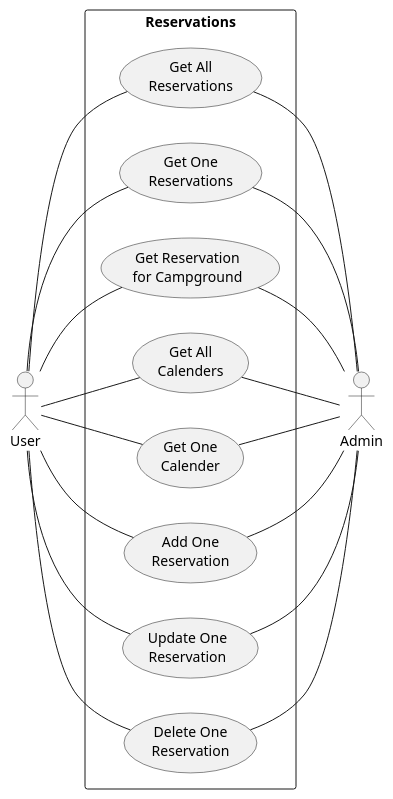
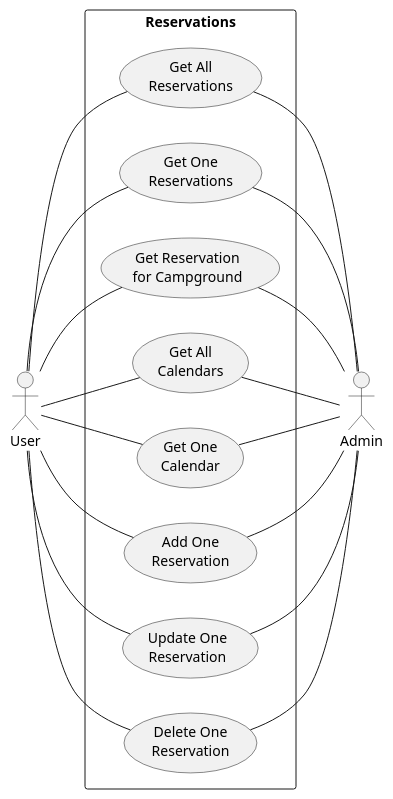
The diagram in diagrams/usecase_diagram/usecase-diagram-reserve.puml (2110503TACEDT66/presentation-day-1-sam-sa-sai), drawn with PlantUML before and after one commit.

Commit message:
use case reserve change to calendars

```diff
--- a/diagrams/usecase_diagram/usecase-diagram-reserve.puml
+++ b/diagrams/usecase_diagram/usecase-diagram-reserve.puml
@@ -1,34 +1,34 @@
 @startuml
 left to right direction
 actor "User" as user
 rectangle "Reservations" as ReservationSystem {
     usecase "Get All\nReservations" as getAll
     usecase "Get One\nReservations" as getOne
     usecase "Get Reservation\nfor Campground" as getRes
-    usecase "Get All\nCalenders" as getCals
-    usecase "Get One\nCalender" as getCal
+    usecase "Get All\nCalendars" as getCals
+    usecase "Get One\nCalendar" as getCal
     usecase "Add One\nReservation" as add
     usecase "Update One\nReservation" as update
     usecase "Delete One\nReservation" as delete
 }
 
 user -- getAll
 user -- getOne
 user -- getRes
 user -- getCals
 user -- getCal
 user -- add
 user -- update
 user -- delete
 
 actor "Admin" as admin
 getAll -- admin
 getOne -- admin
 getRes -- admin
 getCals -- admin
 getCal -- admin
 add -- admin
 update -- admin
 delete -- admin
 
 @enduml
```
